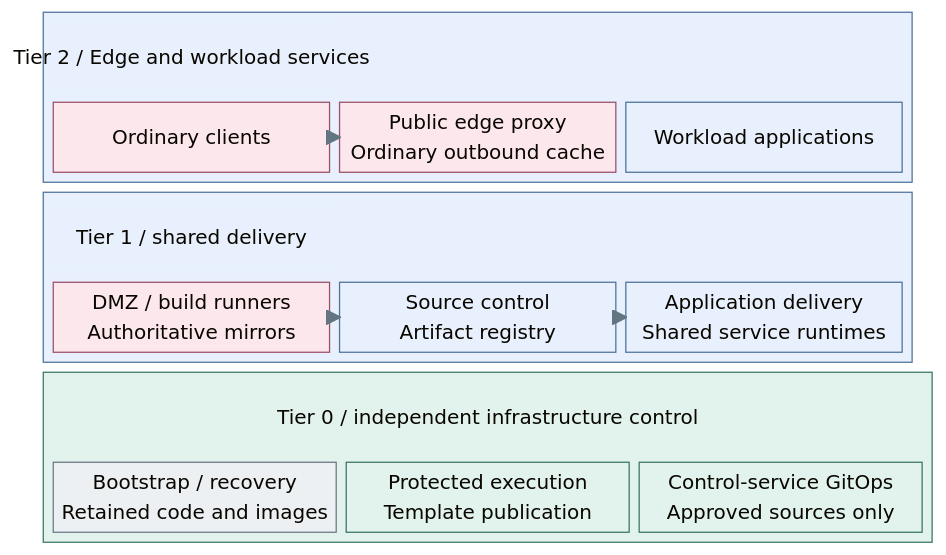
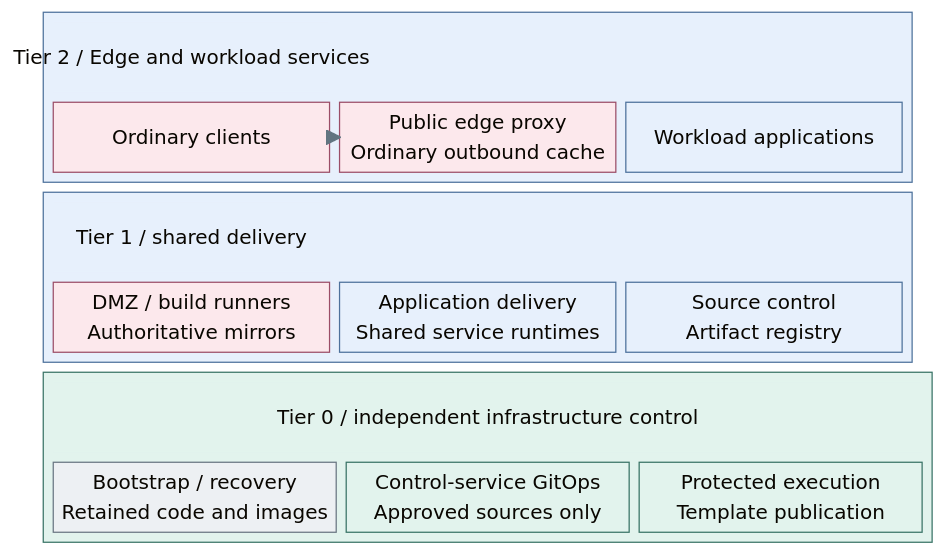
The diagram in docs/architecture/delivery/README.md (Rexus/homelab), drawn with Mermaid before and after one commit. The commit also changed other lines of this file and 89 other files, not shown here.

Commit message:
docs(deployment): align capability stages and diagrams

````diff
--- a/docs/architecture/delivery/README.md
+++ b/docs/architecture/delivery/README.md
@@ -26,42 +26,40 @@
 ```mermaid
 %%{init: {"theme":"base","flowchart":{"nodeSpacing":20,"rankSpacing":24,"padding":12,"subGraphTitleMargin":{"top":4,"bottom":12}},"themeVariables":{"lineColor":"#627581","edgeLabelBackground":"#f8fafc"}}}%%
 block-beta
   columns 1
   block:T2
     columns 3
     T2Title["Tier 2 / Edge and workload services"]:3
     Clients["Ordinary clients"]
     Edge["Public edge proxy<br/>Ordinary outbound cache"]
     Apps["Workload applications"]
   end
   block:T1
     columns 3
     T1Title["Tier 1 / shared delivery"]:3
     Build["DMZ / build runners<br/>Authoritative mirrors"]
+    Delivery["Application delivery<br/>Shared service runtimes"]
     Source["Source control<br/>Artifact registry"]
-    Delivery["Application delivery<br/>Shared service runtimes"]
   end
   block:T0
     columns 3
     T0Title["Tier 0 / independent infrastructure control"]:3
     Bootstrap["Bootstrap / recovery<br/>Retained code and images"]
+    Flux["Control-service GitOps<br/>Approved sources only"]
     Gate["Protected execution<br/>Template publication"]
-    Flux["Control-service GitOps<br/>Approved sources only"]
   end
   Clients --> Edge
-  Build --> Source
-  Source --> Delivery
   classDef default fill:#f8fafc,stroke:#64748b,color:#1f2937
   classDef services fill:#e7f0fc,stroke:#4d719b,color:#203a5b
   classDef servicesHeading fill:#e7f0fc,stroke:#e7f0fc,color:#203a5b
   classDef edge fill:#fce8ec,stroke:#9b4d67,color:#502638
   classDef control fill:#e2f3ed,stroke:#397366,color:#173f36
   classDef controlHeading fill:#e2f3ed,stroke:#e2f3ed,color:#173f36
   classDef actor fill:#edf0f3,stroke:#697682,color:#293642
   class T2,T1,Apps,Source,Delivery services
   class T2Title,T1Title servicesHeading
   class Clients,Edge,Build edge
   class T0,Gate,Flux control
   class T0Title controlHeading
   class Bootstrap actor
 ```
````
